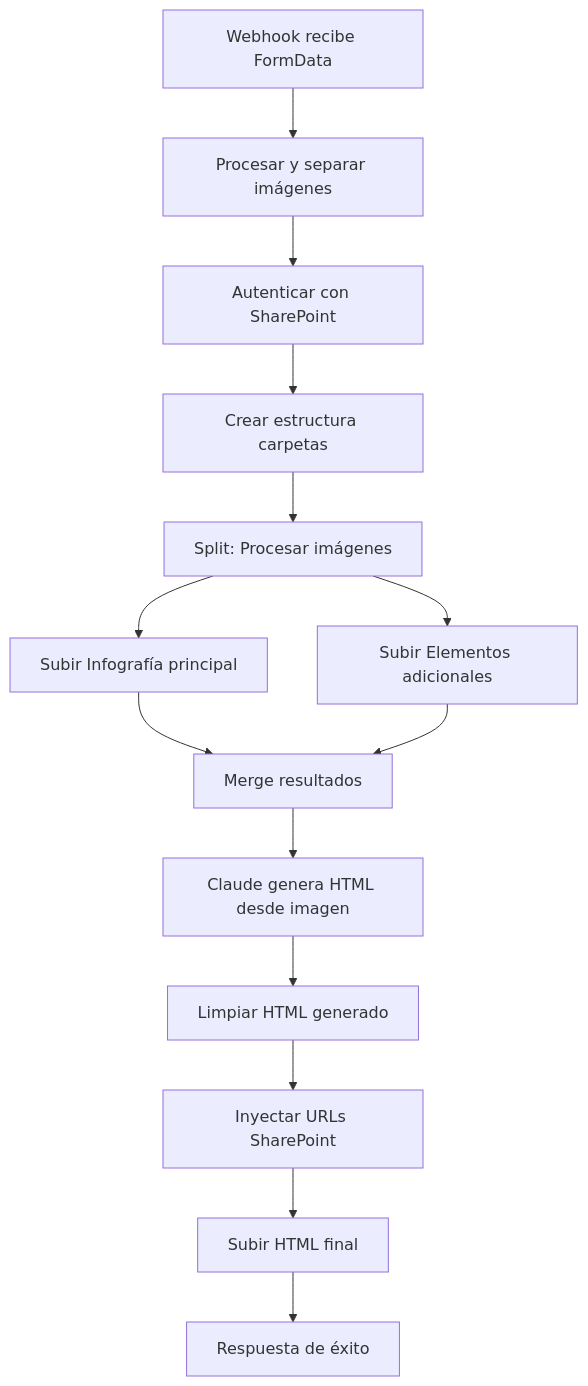
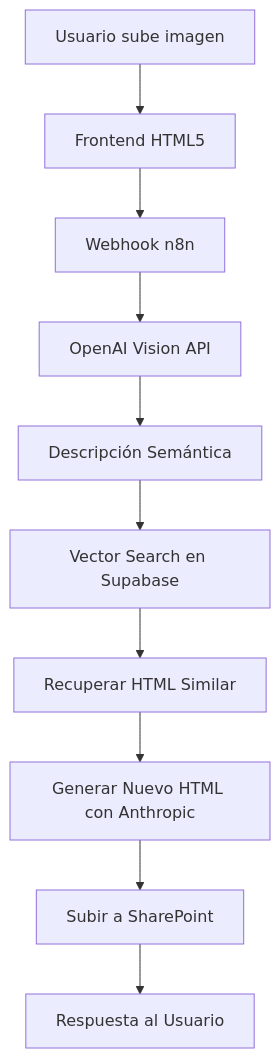
Before and after one commit to Ferx096/POC5_HTML_mailings: the first of 2 diagrams in README.md, drawn with Mermaid. The commit also changed other lines of this file and 4 other files, not shown here.

````diff
--- a/README.md
+++ b/README.md
@@ -80,16 +19,12 @@
 ```mermaid
 graph TD
-    A[Webhook recibe FormData] --> B[Procesar y separar imágenes]
-    B --> C[Autenticar con SharePoint]
-    C --> D[Crear estructura carpetas]
-    D --> E[Split: Procesar imágenes]
-    E --> F[Subir Infografía principal]
-    E --> G[Subir Elementos adicionales]
-    F --> H[Merge resultados]
-    G --> H
-    H --> I[Claude genera HTML desde imagen]
-    I --> J[Limpiar HTML generado]
-    J --> K[Inyectar URLs SharePoint]
-    K --> L[Subir HTML final]
-    L --> M[Respuesta de éxito]
+    A[Usuario sube imagen] --> B[Frontend HTML5]
+    B --> C[Webhook n8n]
+    C --> D[OpenAI Vision API]
+    D --> E[Descripción Semántica]
+    E --> F[Vector Search en Supabase]
+    F --> G[Recuperar HTML Similar]
+    G --> H[Generar Nuevo HTML con Anthropic]
+    H --> I[Subir a SharePoint]
+    I --> J[Respuesta al Usuario]
 ```
````
